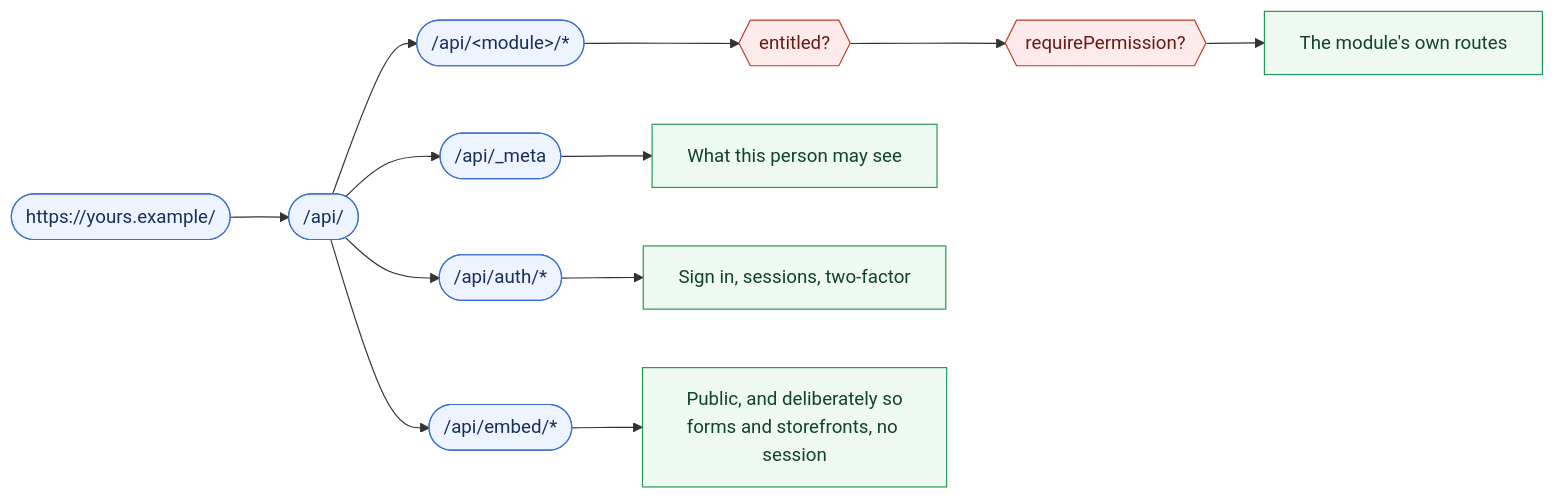
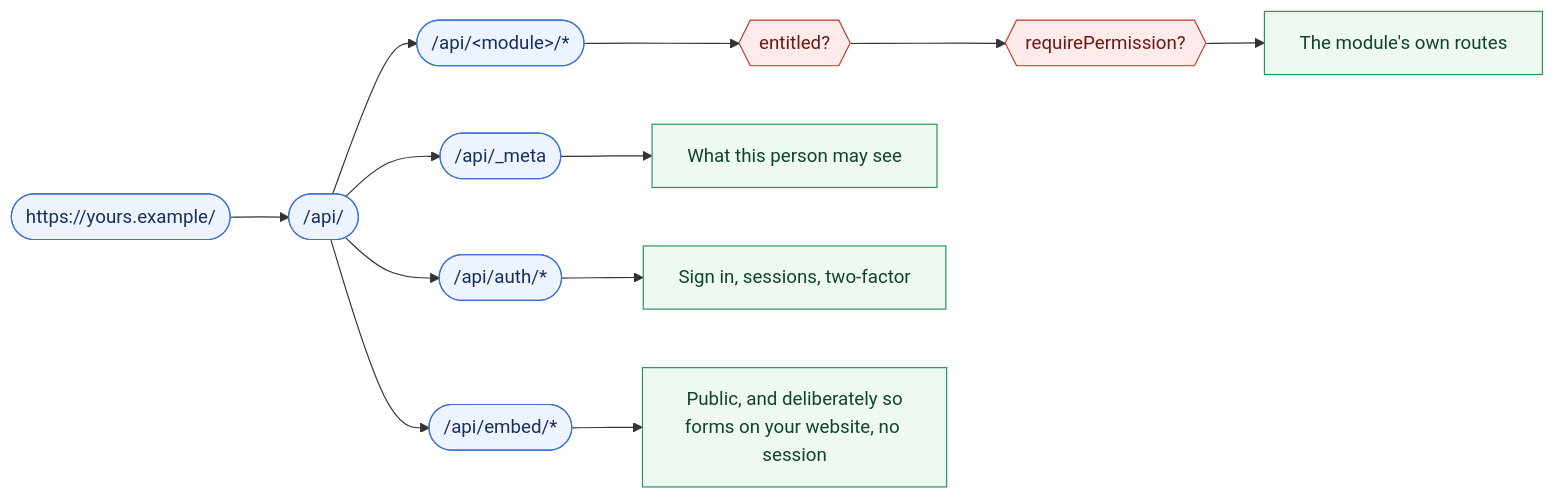
The diagram in docs/site/03-platform/03-api.md (Sentrello/Sentrello), drawn with Mermaid before and after one commit. The commit also changed other lines of this file and 12 other files, not shown here.

````diff
--- a/docs/site/03-platform/03-api.md
+++ b/docs/site/03-platform/03-api.md
@@ -24,27 +24,27 @@
 ```mermaid
 flowchart LR
   classDef url fill:#eef4ff,stroke:#3b6fd4,color:#16305e
   classDef gate fill:#fdeaea,stroke:#c0392b,color:#6b1a12
   classDef leaf fill:#eefaf1,stroke:#219653,color:#10442a
 
   ROOT(["https://yours.example/"]):::url
   API(["/api/"]):::url
   META(["/api/_meta"]):::url
   AUTHP(["/api/auth/*"]):::url
   MOD(["/api/&lt;module&gt;/*"]):::url
   EMBED(["/api/embed/*"]):::url
 
   ENT{{"entitled?"}}:::gate
   PERM{{"requirePermission?"}}:::gate
 
   NAV["What this person may see"]:::leaf
   SESSION["Sign in, sessions, two-factor"]:::leaf
   WORK["The module's own routes"]:::leaf
-  PUBLIC["Public, and deliberately so<br/>forms and storefronts, no session"]:::leaf
+  PUBLIC["Public, and deliberately so<br/>forms on your website, no session"]:::leaf
 
   ROOT --> API
   API --> META --> NAV
   API --> AUTHP --> SESSION
   API --> MOD --> ENT --> PERM --> WORK
   API --> EMBED --> PUBLIC
 ```
````
